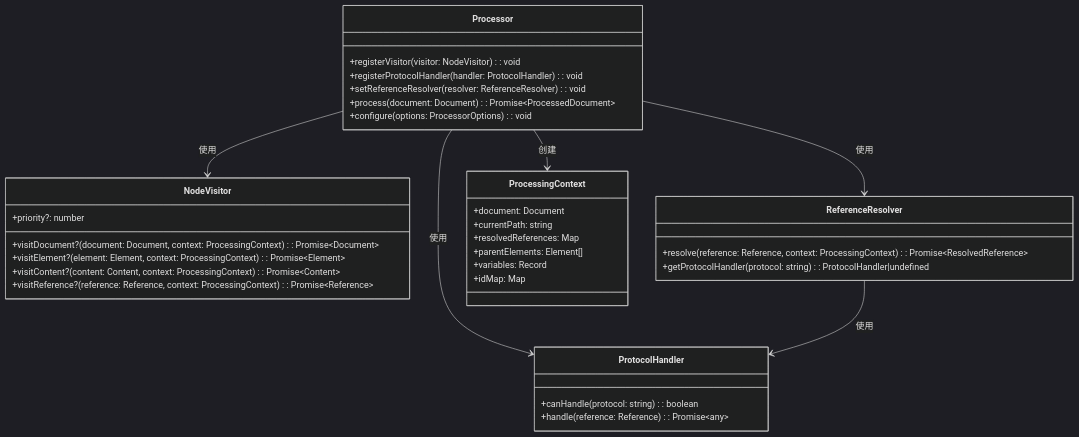
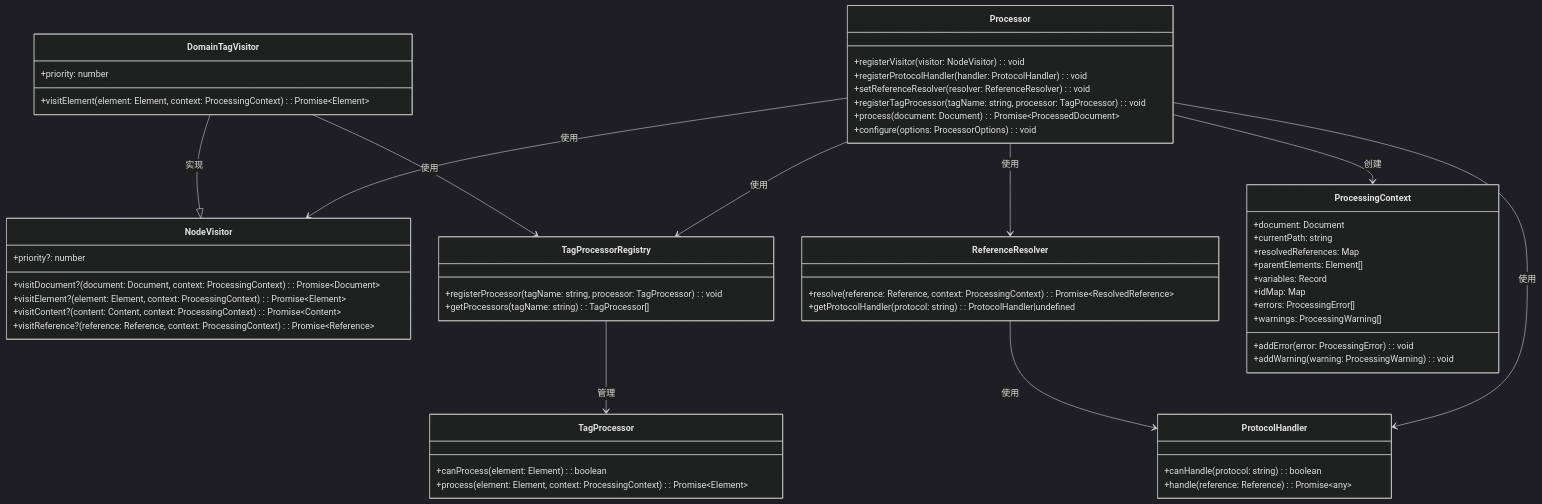
Before and after one commit to Deepractice/DPML: the first of 2 diagrams in packages/core/docs/processor/Core-Processor-Design.md, drawn with Mermaid (dark theme). The commit also changed other lines of this file and 1 other file, not shown here.

Commit message:
更新Core-Processor-Design文档，增强对Processor模块的语义处理能力描述，添加标签处理器机制和元数据支持，明确Processor与Transformer的职责边界，优化扩展机制和使用示例。

````diff
--- a/packages/core/docs/processor/Core-Processor-Design.md
+++ b/packages/core/docs/processor/Core-Processor-Design.md
@@ -74,45 +128,69 @@
 ```mermaid
 classDiagram
     %% 核心接口
     class NodeVisitor {
         +priority?: number
         +visitDocument?(document: Document, context: ProcessingContext): Promise~Document~
         +visitElement?(element: Element, context: ProcessingContext): Promise~Element~
         +visitContent?(content: Content, context: ProcessingContext): Promise~Content~
         +visitReference?(reference: Reference, context: ProcessingContext): Promise~Reference~
     }
     
     class Processor {
         +registerVisitor(visitor: NodeVisitor): void
         +registerProtocolHandler(handler: ProtocolHandler): void
         +setReferenceResolver(resolver: ReferenceResolver): void
+        +registerTagProcessor(tagName: string, processor: TagProcessor): void
         +process(document: Document): Promise~ProcessedDocument~
         +configure(options: ProcessorOptions): void
+    }
+    
+    class TagProcessor {
+        +canProcess(element: Element): boolean
+        +process(element: Element, context: ProcessingContext): Promise~Element~
+    }
+    
+    class TagProcessorRegistry {
+        +registerProcessor(tagName: string, processor: TagProcessor): void
+        +getProcessors(tagName: string): TagProcessor[]
+    }
+    
+    class DomainTagVisitor {
+        +priority: number
+        +visitElement(element: Element, context: ProcessingContext): Promise~Element~
     }
     
     class ReferenceResolver {
         +resolve(reference: Reference, context: ProcessingContext): Promise~ResolvedReference~
         +getProtocolHandler(protocol: string): ProtocolHandler|undefined
     }
     
     class ProtocolHandler {
         +canHandle(protocol: string): boolean
         +handle(reference: Reference): Promise~any~
     }
     
     class ProcessingContext {
         +document: Document
         +currentPath: string
         +resolvedReferences: Map<string, any>
         +parentElements: Element[]
         +variables: Record<string, any>
         +idMap: Map<string, Element>
+        +errors: ProcessingError[]
+        +warnings: ProcessingWarning[]
+        +addError(error: ProcessingError): void
+        +addWarning(warning: ProcessingWarning): void
     }
     
     %% 关系
     Processor --> NodeVisitor : 使用
+    Processor --> TagProcessorRegistry : 使用
     Processor --> ProcessingContext : 创建
     Processor --> ReferenceResolver : 使用
     Processor --> ProtocolHandler : 使用
+    DomainTagVisitor --> TagProcessorRegistry : 使用
+    DomainTagVisitor --|> NodeVisitor : 实现
     ReferenceResolver --> ProtocolHandler : 使用
+    TagProcessorRegistry --> TagProcessor : 管理
 ```
````
